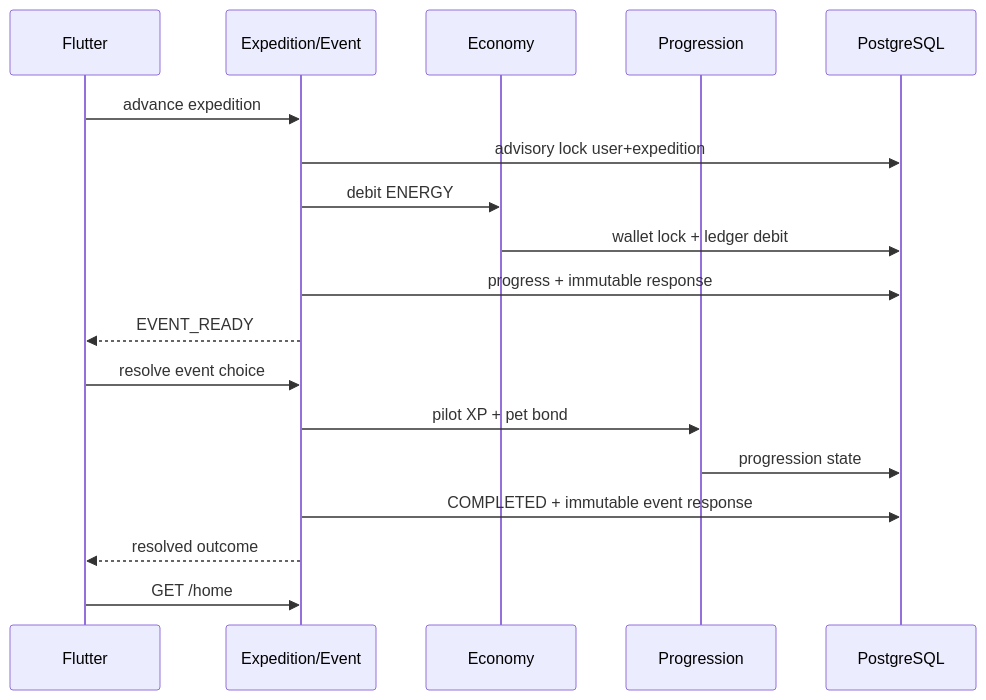
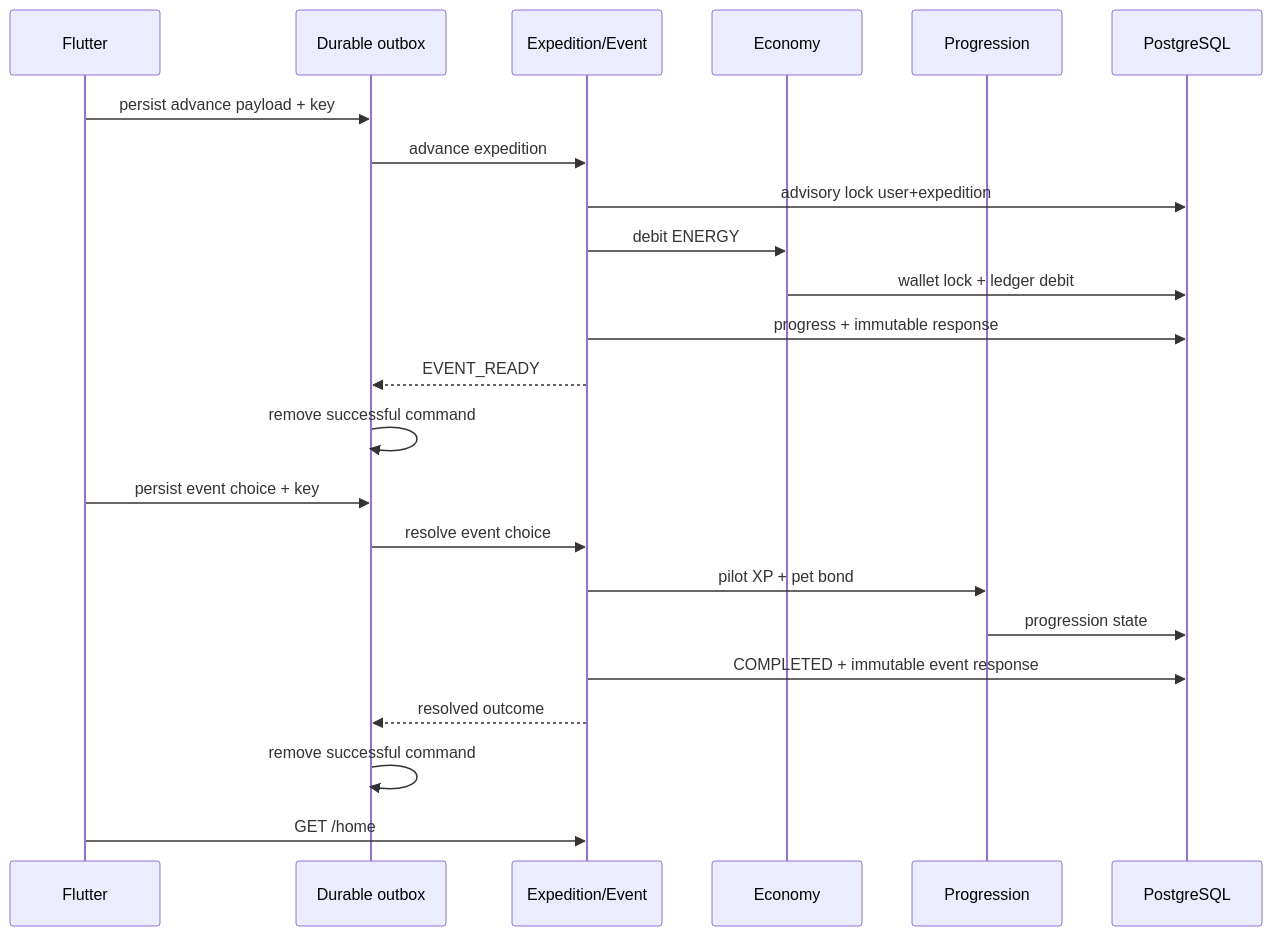
The second of 2 diagrams in docs/ARCHITECTURE.md (MKSEgr/walking-rpg), drawn with Mermaid before and after one commit. The commit also changed other lines of this file and 21 other files, not shown here.

````diff
--- a/docs/ARCHITECTURE.md
+++ b/docs/ARCHITECTURE.md
@@ -78,21 +83,26 @@
 ```mermaid
 sequenceDiagram
     participant M as Flutter
+    participant O as Durable outbox
     participant X as Expedition/Event
     participant E as Economy
     participant P as Progression
     participant D as PostgreSQL
 
-    M->>X: advance expedition
+    M->>O: persist advance payload + key
+    O->>X: advance expedition
     X->>D: advisory lock user+expedition
     X->>E: debit ENERGY
     E->>D: wallet lock + ledger debit
     X->>D: progress + immutable response
-    X-->>M: EVENT_READY
-    M->>X: resolve event choice
+    X-->>O: EVENT_READY
+    O->>O: remove successful command
+    M->>O: persist event choice + key
+    O->>X: resolve event choice
     X->>P: pilot XP + pet bond
     P->>D: progression state
     X->>D: COMPLETED + immutable event response
-    X-->>M: resolved outcome
+    X-->>O: resolved outcome
+    O->>O: remove successful command
     M->>X: GET /home
 ```
````
